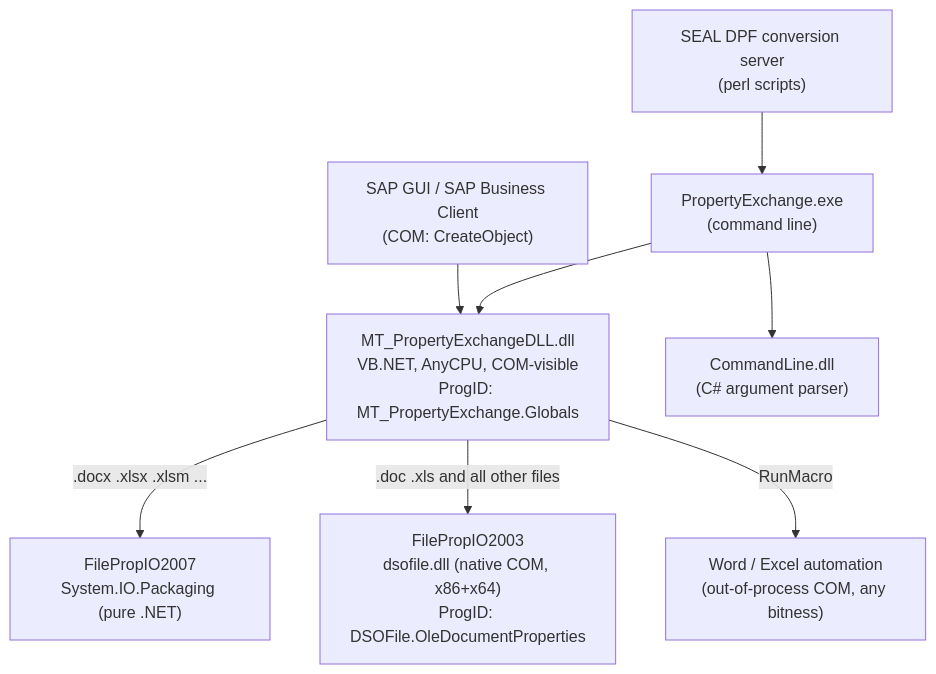
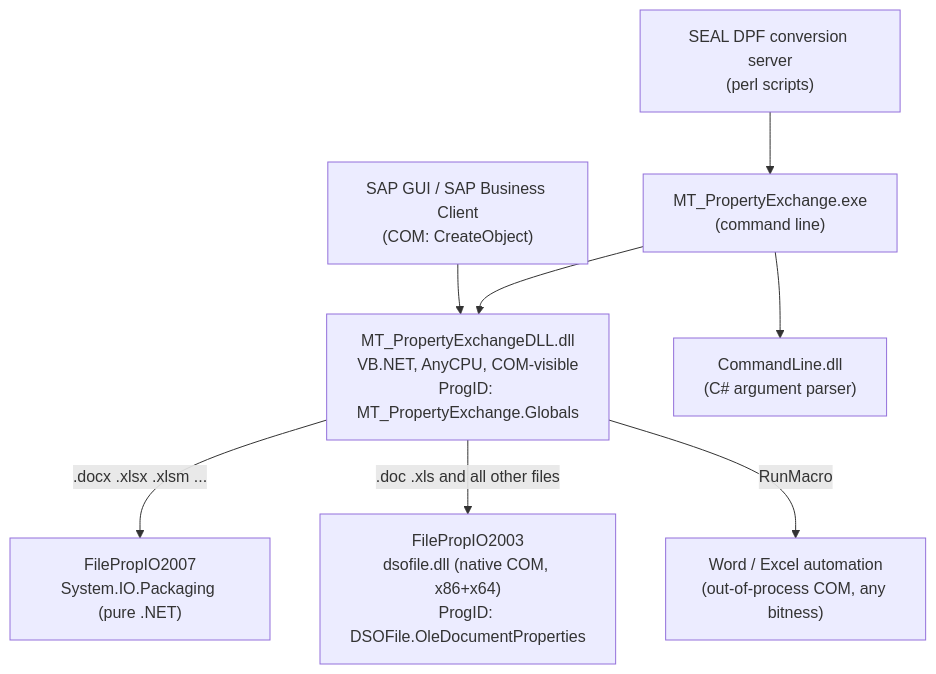
Before and after one commit to edvher/MTPropertyExchange: the diagram in docs/ARCHITECTURE.md, drawn with Mermaid. The commit also changed other lines of this file and 5 other files, not shown here.

First line of the commit message:
Rename exe to its historical name MT_PropertyExchange.exe; clean-slate copy

````diff
--- a/docs/ARCHITECTURE.md
+++ b/docs/ARCHITECTURE.md
@@ -8,11 +8,11 @@
 ```mermaid
 flowchart TD
     SAP["SAP GUI / SAP Business Client<br/>(COM: CreateObject)"] --> DLL
-    CLI["PropertyExchange.exe<br/>(command line)"] --> DLL
+    CLI["MT_PropertyExchange.exe<br/>(command line)"] --> DLL
     SEAL["SEAL DPF conversion server<br/>(perl scripts)"] --> CLI
     DLL["MT_PropertyExchangeDLL.dll<br/>VB.NET, AnyCPU, COM-visible<br/>ProgID: MT_PropertyExchange.Globals"]
     DLL -->|".docx .xlsx .xlsm ..."| OPC["FilePropIO2007<br/>System.IO.Packaging (pure .NET)"]
     DLL -->|".doc .xls and all other files"| DSO["FilePropIO2003<br/>dsofile.dll (native COM, x86+x64)<br/>ProgID: DSOFile.OleDocumentProperties"]
     DLL -->|"RunMacro"| OFFICE["Word / Excel automation<br/>(out-of-process COM, any bitness)"]
     CLI --> ARGS["CommandLine.dll<br/>(C# argument parser)"]
 ```
````
